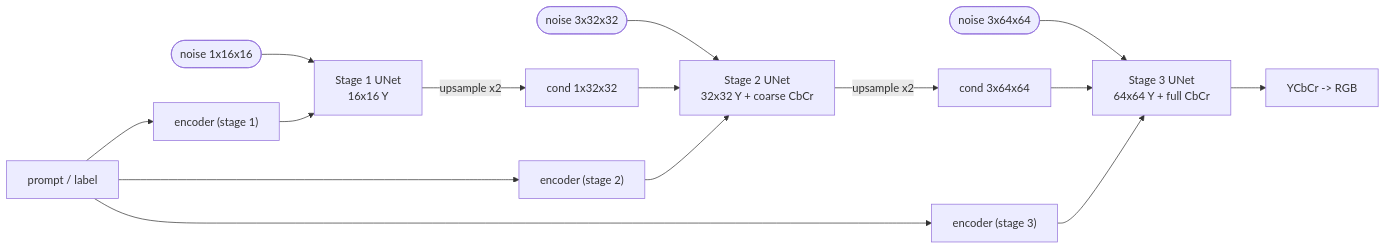
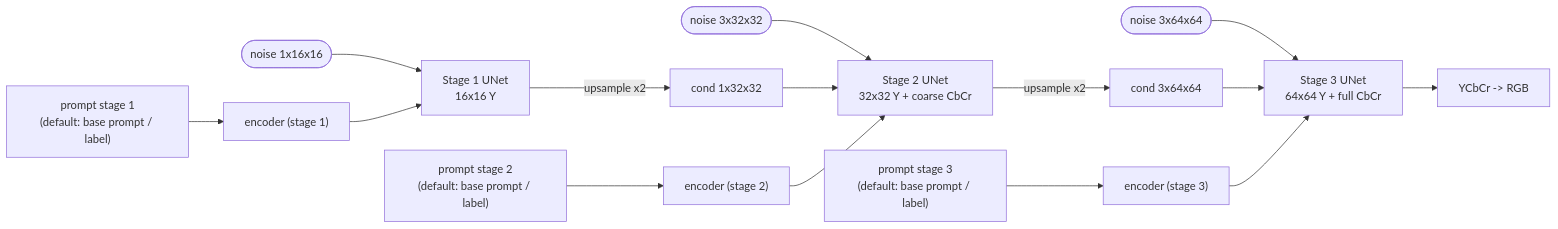
Before and after one commit to lanoixdesign/coarse-to-fine-diffusion: the diagram in README.md, drawn with Mermaid. The commit also changed other lines of this file and 1 other file, not shown here.

Commit message:
Docs: per-stage prompts in README (example, fallback rules, API) and EXPERIMENTS entry

````diff
--- a/README.md
+++ b/README.md
@@ -23,17 +23,17 @@
 ```mermaid
 flowchart LR
-    P["prompt / label"] --> E1["encoder (stage 1)"]
-    P --> E2["encoder (stage 2)"]
-    P --> E3["encoder (stage 3)"]
+    P1["prompt stage 1<br/>(default: base prompt / label)"] --> E1["encoder (stage 1)"]
+    P2["prompt stage 2<br/>(default: base prompt / label)"] --> E2["encoder (stage 2)"]
+    P3["prompt stage 3<br/>(default: base prompt / label)"] --> E3["encoder (stage 3)"]
     N1(["noise 1x16x16"]) --> S1["Stage 1 UNet<br/>16x16 Y"]
     E1 --> S1
     S1 -->|"upsample x2"| U1["cond 1x32x32"]
     N2(["noise 3x32x32"]) --> S2["Stage 2 UNet<br/>32x32 Y + coarse CbCr"]
     U1 --> S2
     E2 --> S2
     S2 -->|"upsample x2"| U2["cond 3x64x64"]
     N3(["noise 3x64x64"]) --> S3["Stage 3 UNet<br/>64x64 Y + full CbCr"]
     U2 --> S3
     E3 --> S3
     S3 --> RGB["YCbCr -> RGB"]
 ```
````
